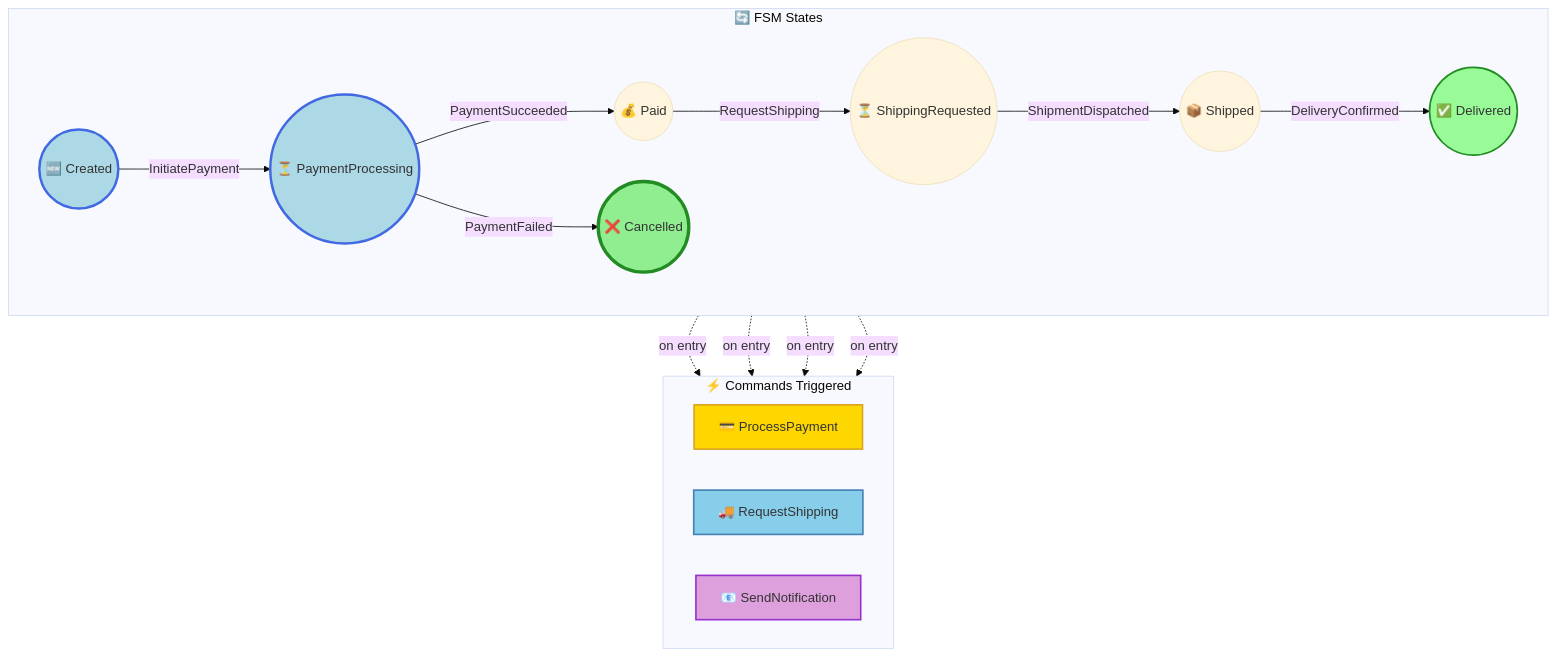
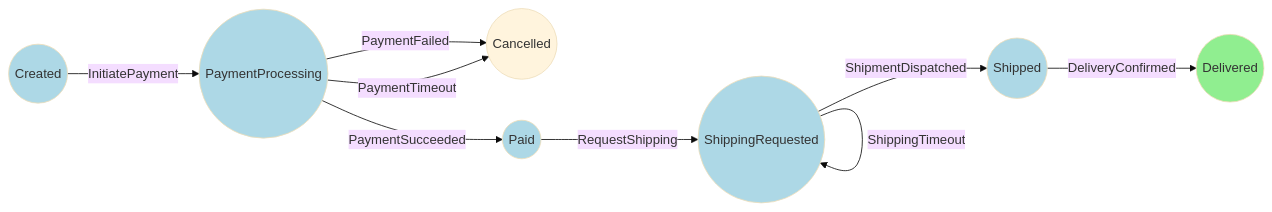
One commit to Iterable/mechanoid changed the second of 2 diagrams in docs/visualizations/order-4-trace.md. Above: the diagram before and after it, drawn with Mermaid (base theme). The commit also changed other lines of this file and 10 other files, not shown here.

````diff
--- a/docs/visualizations/order-4-trace.md
+++ b/docs/visualizations/order-4-trace.md
@@ -45,42 +27,28 @@
 ```mermaid
-flowchart TB
-    subgraph FSM["🔄 FSM States"]
-        direction LR
-        Shipped(("📦 Shipped"))
-        PaymentProcessing(("⏳ PaymentProcessing"))
-        ShippingRequested(("⏳ ShippingRequested"))
-        Delivered(("✅ Delivered"))
-        Cancelled(("❌ Cancelled"))
-        Paid(("💰 Paid"))
-        Created(("🆕 Created"))
-        Created -->|InitiatePayment| PaymentProcessing
-        PaymentProcessing -->|PaymentSucceeded| Paid
-        PaymentProcessing -->|PaymentFailed| Cancelled
-        Paid -->|RequestShipping| ShippingRequested
-        ShippingRequested -->|ShipmentDispatched| Shipped
-        Shipped -->|DeliveryConfirmed| Delivered
-    end
+flowchart LR
+    Shipped((Shipped))
+    PaymentProcessing((PaymentProcessing))
+    ShippingRequested((ShippingRequested))
+    Delivered((Delivered))
+    Cancelled((Cancelled))
+    Paid((Paid))
+    Created((Created))
 
-    subgraph Commands["⚡ Commands Triggered"]
-        direction LR
-        ProcessPayment["💳 ProcessPayment"]
-        RequestShipping["🚚 RequestShipping"]
-        SendNotification["📧 SendNotification"]
-    end
+    Created -->|InitiatePayment| PaymentProcessing
+    PaymentProcessing -->|PaymentSucceeded| Paid
+    PaymentProcessing -->|PaymentFailed| Cancelled
+    PaymentProcessing -->|PaymentTimeout| Cancelled
+    Paid -->|RequestShipping| ShippingRequested
+    ShippingRequested -->|ShipmentDispatched| Shipped
+    ShippingRequested -->|ShippingTimeout| ShippingRequested
+    Shipped -->|DeliveryConfirmed| Delivered
 
-    PaymentProcessing -.->|on entry| ProcessPayment
-    Paid -.->|on entry| RequestShipping
-    Paid -.->|on entry| SendNotification
-    Shipped -.->|on entry| SendNotification
+    style Created fill:#ADD8E6
+    style Delivered fill:#ADD8E6
+    style ShippingRequested fill:#ADD8E6
+    style PaymentProcessing fill:#ADD8E6
+    style Shipped fill:#ADD8E6
+    style Paid fill:#ADD8E6
+    style Delivered fill:#90EE90
 
-    style Delivered fill:#98FB98,stroke:#228B22,stroke-width:2px
-    style Cancelled fill:#FFB6C1,stroke:#DC143C,stroke-width:2px
-    style ProcessPayment fill:#FFD700,stroke:#DAA520,stroke-width:2px
-    style RequestShipping fill:#87CEEB,stroke:#4682B4,stroke-width:2px
-    style SendNotification fill:#DDA0DD,stroke:#9932CC,stroke-width:2px
-
-    style Created fill:#ADD8E6,stroke:#4169E1,stroke-width:3px
-    style PaymentProcessing fill:#ADD8E6,stroke:#4169E1,stroke-width:3px
-    style Cancelled fill:#ADD8E6,stroke:#4169E1,stroke-width:3px
-    style Cancelled fill:#90EE90,stroke:#228B22,stroke-width:4px
 ```
````
